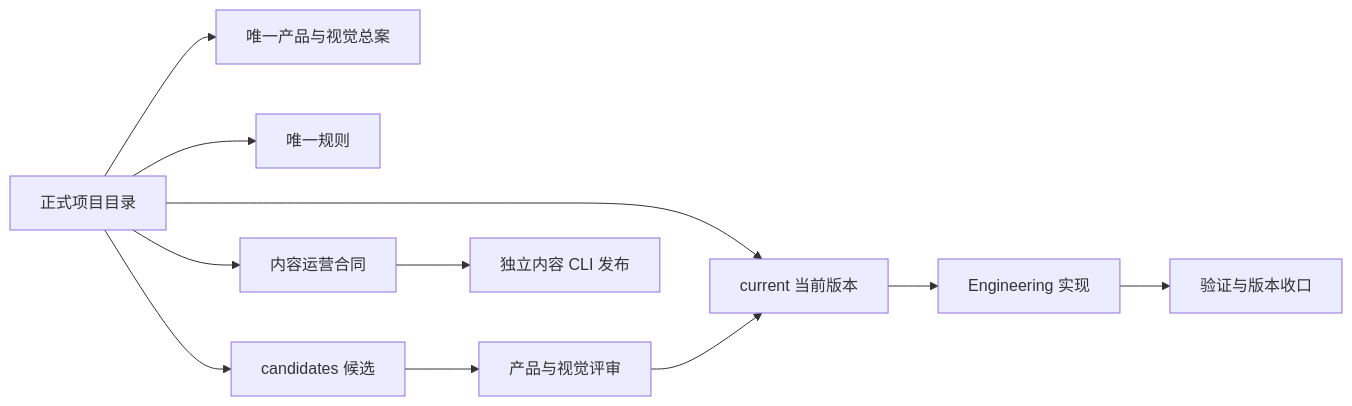
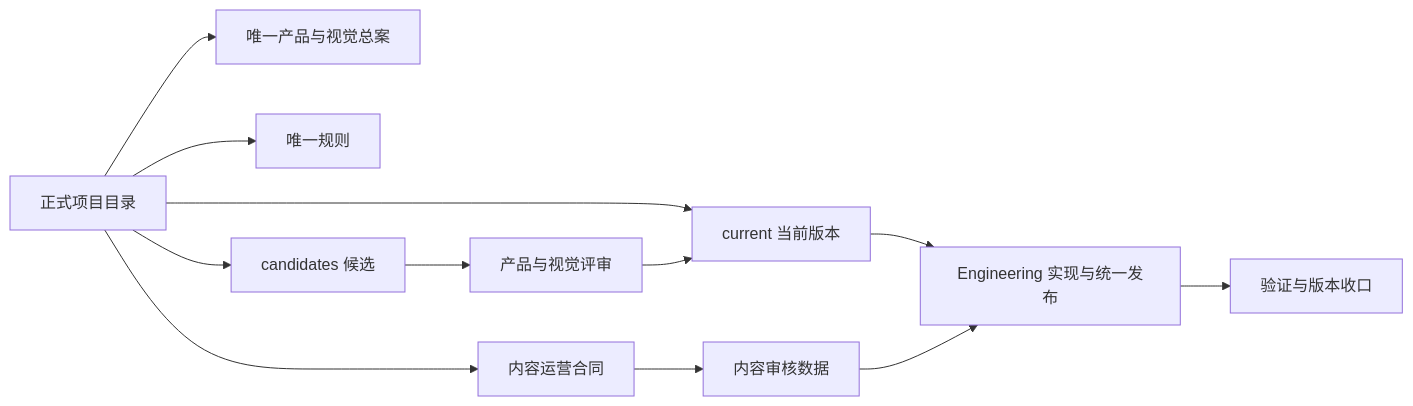
One commit to Chizheng4/xingbuild changed the first of 2 diagrams in docs/design/v0.24.0 项目文件与协作基线治理方案.md. Above: the diagram before and after it, drawn with Mermaid. The commit also changed other lines of this file and 6 other files, not shown here.

````diff
--- a/docs/design/v0.24.0 项目文件与协作基线治理方案.md
+++ b/docs/design/v0.24.0 项目文件与协作基线治理方案.md
@@ -13,13 +13,14 @@
 ```mermaid
 flowchart LR
     A[正式项目目录] --> B[唯一产品与视觉总案]
     A --> C[唯一规则]
     A --> D[current 当前版本]
     A --> E[candidates 候选]
     E --> F[产品与视觉评审]
     F --> D
-    D --> G[Engineering 实现]
+    D --> G[Engineering 实现与统一发布]
     G --> H[验证与版本收口]
     A --> I[内容运营合同]
-    I --> J[独立内容 CLI 发布]
+    I --> J[内容审核数据]
+    J --> G
 ```
````
